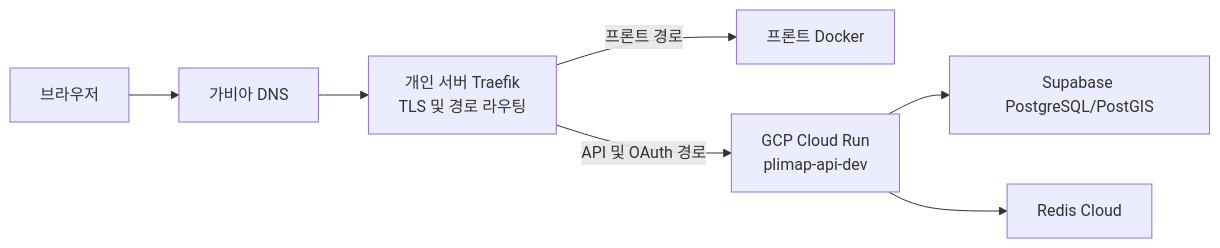
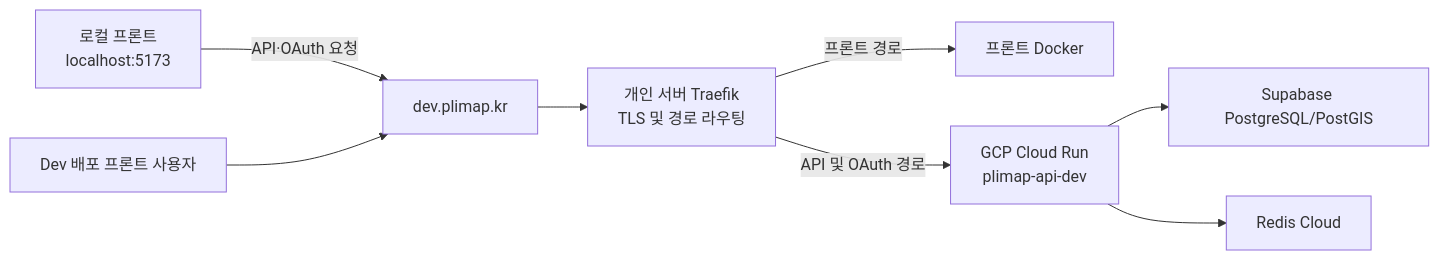
The diagram in docs/DEPLOYMENT.md (UMC10th-PLIMAP/PLIMAP-BE), drawn with Mermaid before and after one commit. The commit also changed other lines of this file and 3 other files, not shown here.

````diff
--- a/docs/DEPLOYMENT.md
+++ b/docs/DEPLOYMENT.md
@@ -71,9 +71,10 @@
 ```mermaid
 flowchart LR
-    Browser["브라우저"] --> DNS["가비아 DNS"]
+    LocalFrontend["로컬 프론트<br/>localhost:5173"] -->|"API·OAuth 요청"| DNS["dev.plimap.kr"]
+    DeployedBrowser["Dev 배포 프론트 사용자"] --> DNS
     DNS --> Traefik["개인 서버 Traefik<br/>TLS 및 경로 라우팅"]
     Traefik -->|"프론트 경로"| Frontend["프론트 Docker"]
     Traefik -->|"API 및 OAuth 경로"| CloudRun["GCP Cloud Run<br/>plimap-api-dev"]
     CloudRun --> Supabase["Supabase PostgreSQL/PostGIS"]
     CloudRun --> Redis["Redis Cloud"]
 ```
````
